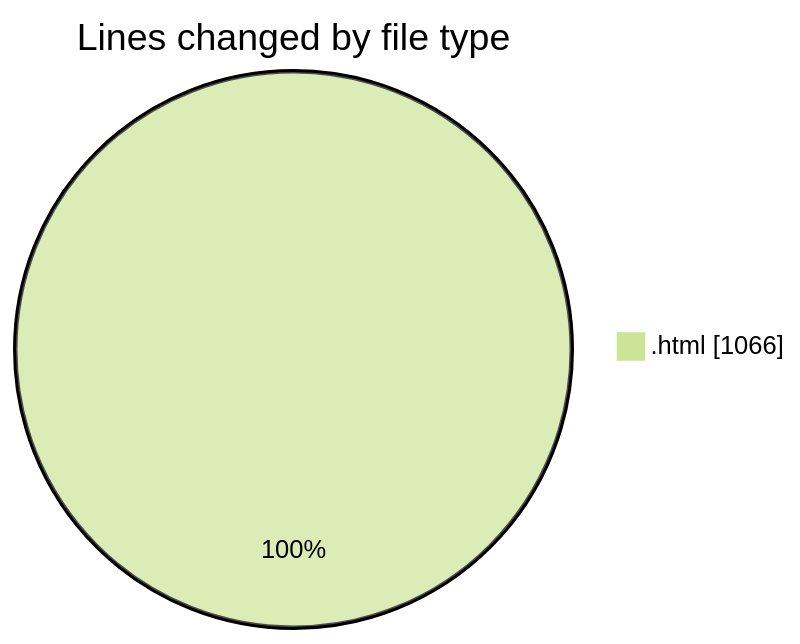
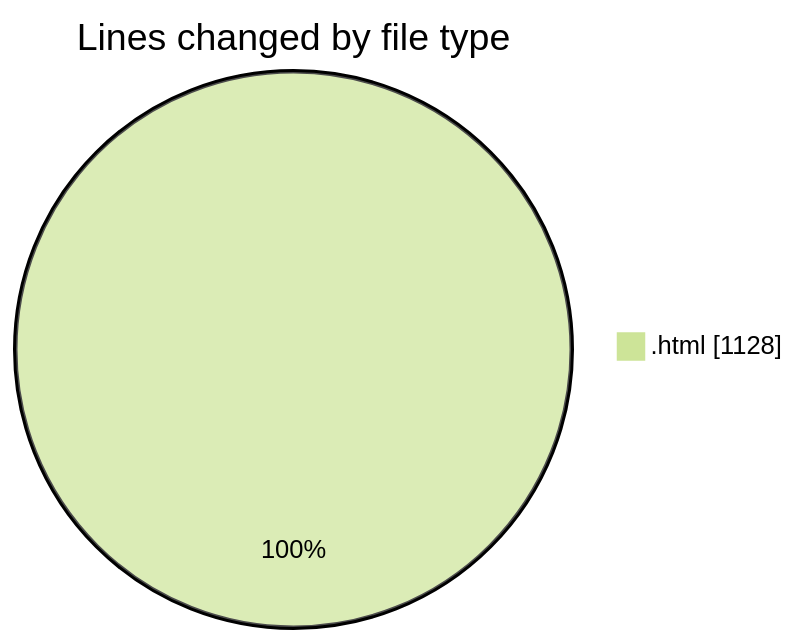
One commit to robertbonfada/code-tracking changed the first of 2 diagrams in 2025-06-22/mosaico-test-3/README.md. Above: the diagram before and after it, drawn with Mermaid (forest theme). The commit also changed other lines of this file and 1 other file, not shown here.

````diff
--- a/2025-06-22/mosaico-test-3/README.md
+++ b/2025-06-22/mosaico-test-3/README.md
@@ -20,5 +20,5 @@
 ```mermaid
 pie showData
 title Lines changed by file type
-".html" : 1066
+".html" : 1128
 ```
````
